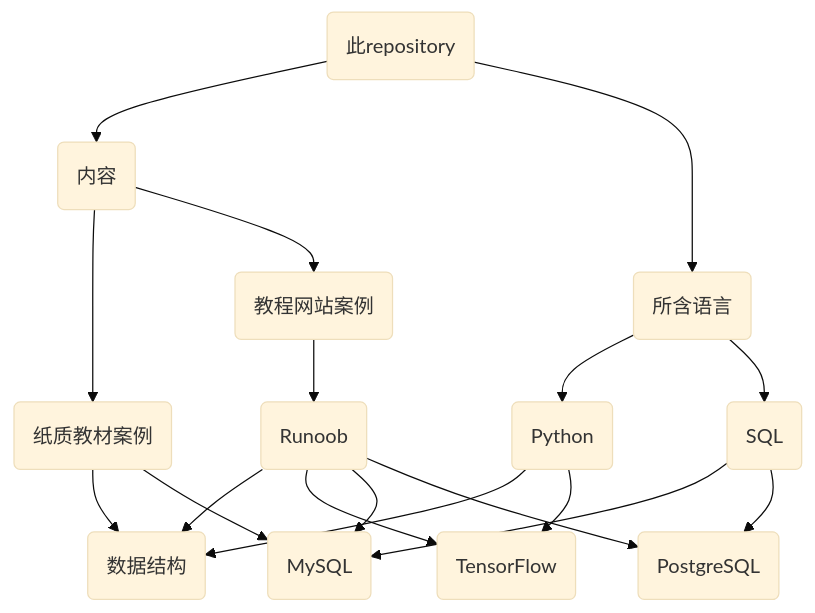
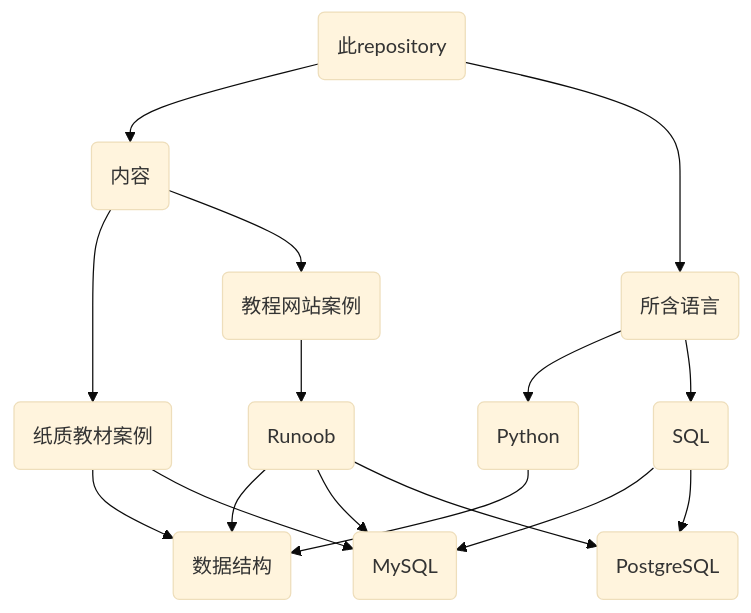
Before and after one commit to Moveable-Feast/code-learning: the diagram in README.md, drawn with Mermaid (base theme).

Commit message:
Update line references in README.md

````diff
--- a/README.md
+++ b/README.md
@@ -7,22 +7,21 @@
 ```mermaid
 graph TD
 rt(此repository) --> l1(内容)
 %% rt --> l2(文件命名方法)
 rt --> l3(所含语言)
 
 l1 --> l11(纸质教材案例)
 l1 --> l12(教程网站案例)
 
 l11 --> l111(数据结构)
 l11 --> l112(MySQL)
 
 l12 --> l121(Runoob)
 
 l3 --> l31(Python)
 l3 --> l32(SQL)
 
 l121 & l31 --> l111
-l121 & l31 --> l1211(TensorFlow)
 l121 & l32 --> l112
 l121 & l32 --> l1212(PostgreSQL)
 ```
````
